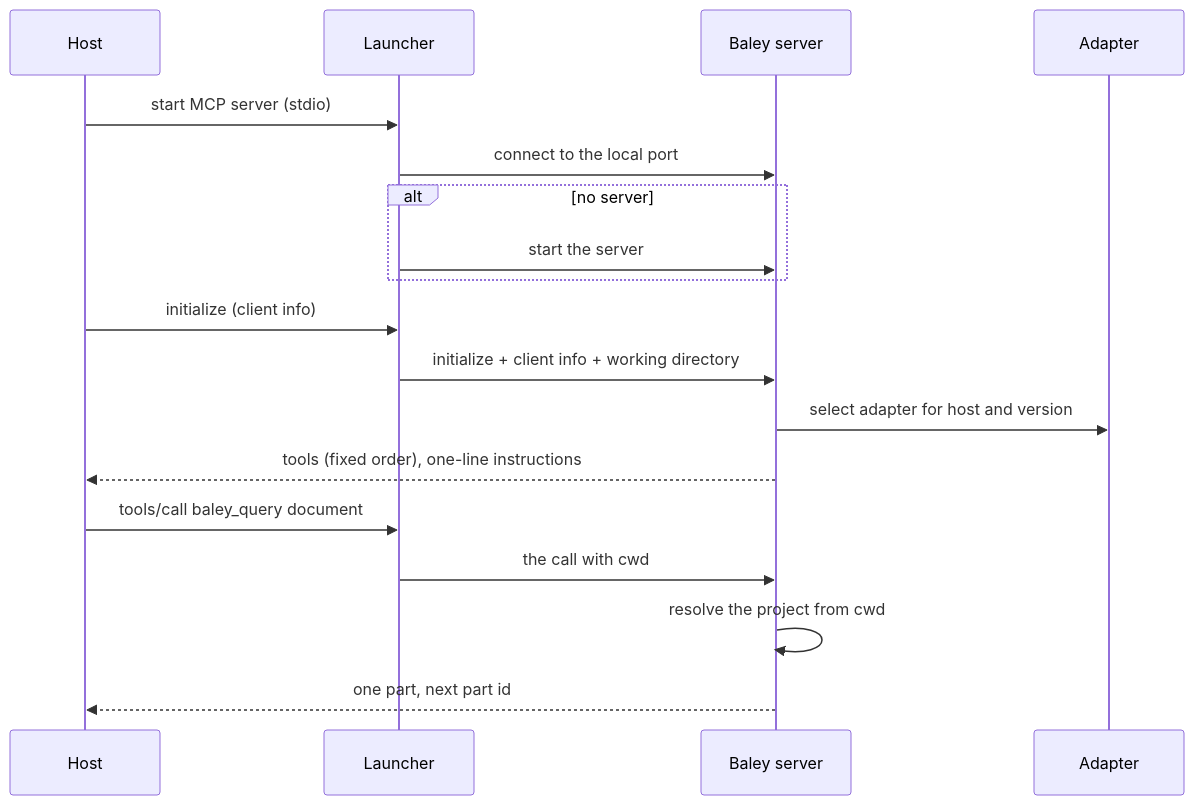
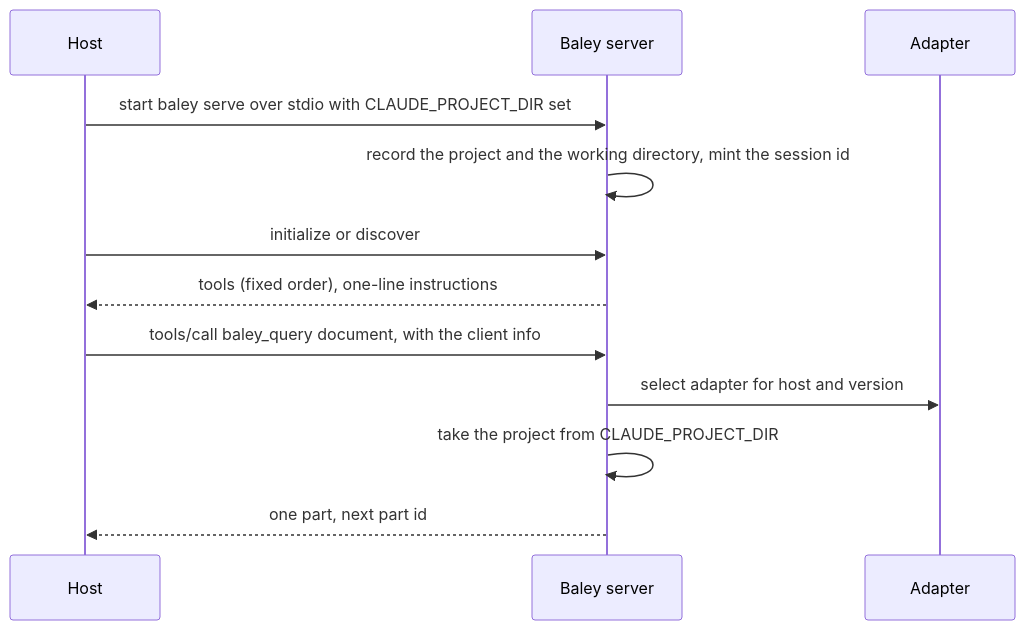
The third of 6 diagrams in docs/design/0012-host-interface.md (crenshawdev/baley), drawn with Mermaid before and after one commit. The commit also changed other lines of this file, not shown here.

First line of the commit message:
docs(design): show the session's server in the host interface's records, figures and build status

````diff
--- a/docs/design/0012-host-interface.md
+++ b/docs/design/0012-host-interface.md
@@ -196,20 +189,14 @@
 ```mermaid
 sequenceDiagram
   participant H as Host
-  participant L as Launcher
   participant S as Baley server
   participant A as Adapter
-  H->>L: start MCP server (stdio)
-  L->>S: connect to the local port
-  alt no server
-    L->>S: start the server
-  end
-  H->>L: initialize (client info)
-  L->>S: initialize + client info + working directory
+  H->>S: start baley serve over stdio with CLAUDE_PROJECT_DIR set
+  S->>S: record the project and the working directory, mint the session id
+  H->>S: initialize or discover
+  S-->>H: tools (fixed order), one-line instructions
+  H->>S: tools/call baley_query document, with the client info
   S->>A: select adapter for host and version
-  S-->>H: tools (fixed order), one-line instructions
-  H->>L: tools/call baley_query document
-  L->>S: the call with cwd
-  S->>S: resolve the project from cwd
+  S->>S: take the project from CLAUDE_PROJECT_DIR
   S-->>H: one part, next part id
 ```
````
